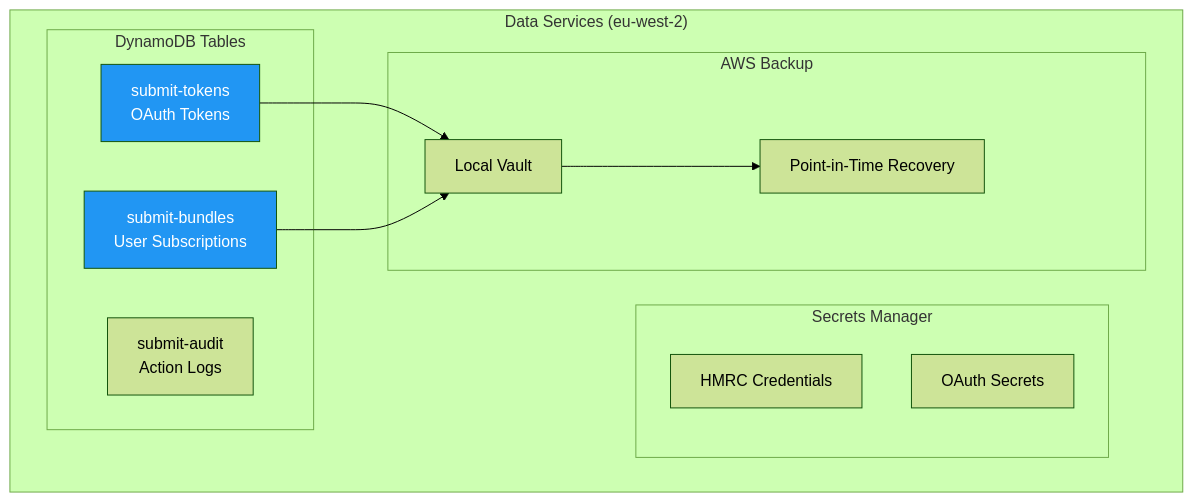
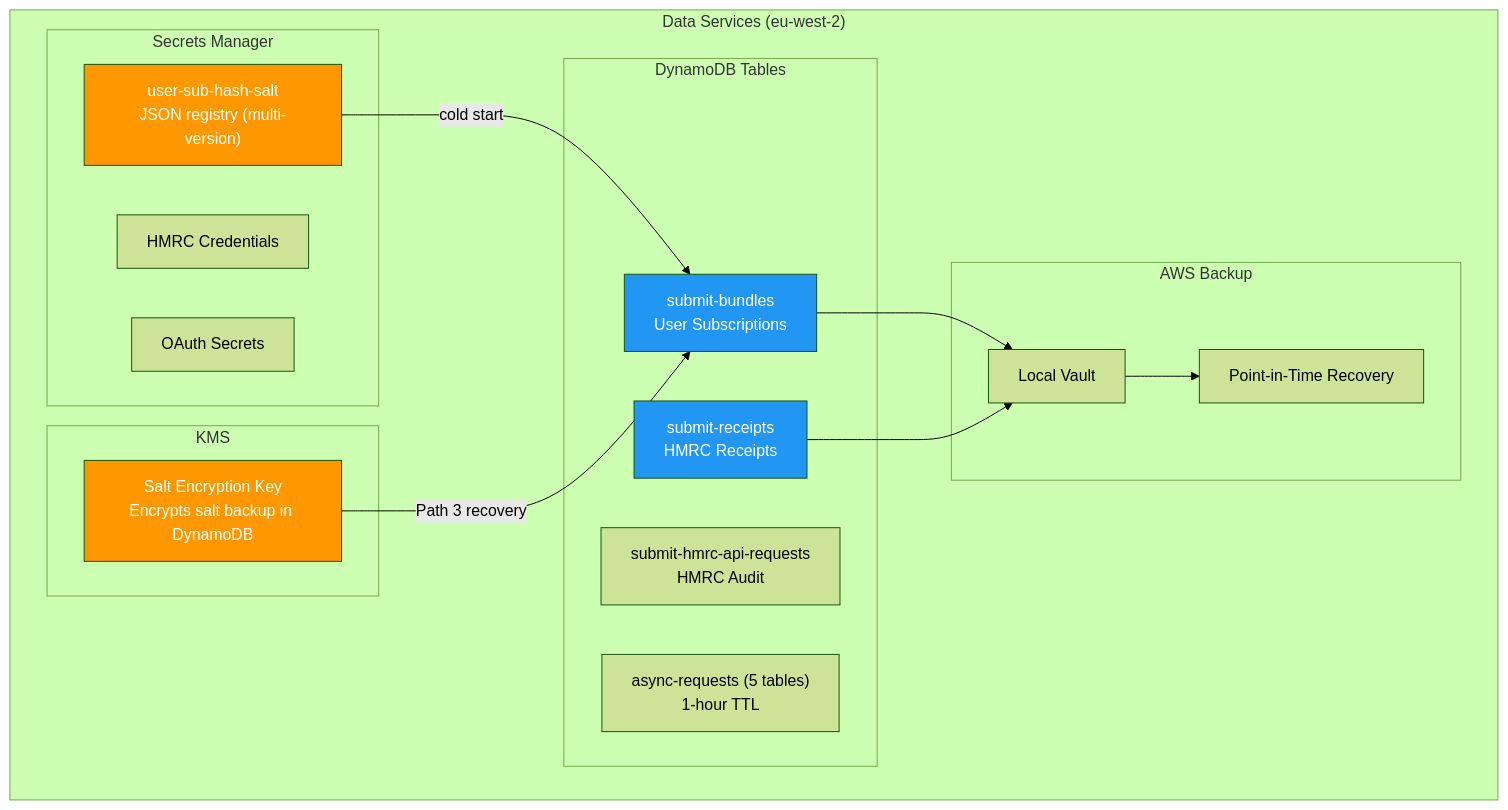
The seventh of 14 diagrams in AWS_ARCHITECTURE.md (antonycc/submit.diyaccounting.co.uk), drawn with Mermaid (forest theme) before and after one commit. The commit also changed other lines of this file and 33 other files, not shown here.

First line of the commit message:
feat: implement multi-version salt registry with migration framework

````diff
--- a/AWS_ARCHITECTURE.md
+++ b/AWS_ARCHITECTURE.md
@@ -241,27 +241,37 @@
 ```mermaid
 graph TB
     subgraph data["Data Services (eu-west-2)"]
         subgraph dynamo["DynamoDB Tables"]
-            tokens["submit-tokens<br/>OAuth Tokens"]
             bundles["submit-bundles<br/>User Subscriptions"]
-            audit["submit-audit<br/>Action Logs"]
+            receipts["submit-receipts<br/>HMRC Receipts"]
+            hmrc_requests["submit-hmrc-api-requests<br/>HMRC Audit"]
+            async["async-requests (5 tables)<br/>1-hour TTL"]
         end
 
         subgraph secrets["Secrets Manager"]
+            salt_registry["user-sub-hash-salt<br/>JSON registry (multi-version)"]
             hmrc_creds["HMRC Credentials"]
             oauth_secrets["OAuth Secrets"]
+        end
+
+        subgraph kms_svc["KMS"]
+            salt_key["Salt Encryption Key<br/>Encrypts salt backup in DynamoDB"]
         end
 
         subgraph backup_svc["AWS Backup"]
             vault["Local Vault"]
             pitr["Point-in-Time Recovery"]
         end
     end
 
-    tokens --> vault
+    salt_registry -->|cold start| bundles
     bundles --> vault
+    receipts --> vault
     vault --> pitr
+    salt_key -->|Path 3 recovery| bundles
 
-    style tokens fill:#2196f3,color:#fff
     style bundles fill:#2196f3,color:#fff
+    style receipts fill:#2196f3,color:#fff
+    style salt_registry fill:#ff9800,color:#fff
+    style salt_key fill:#ff9800,color:#fff
 ```
````
